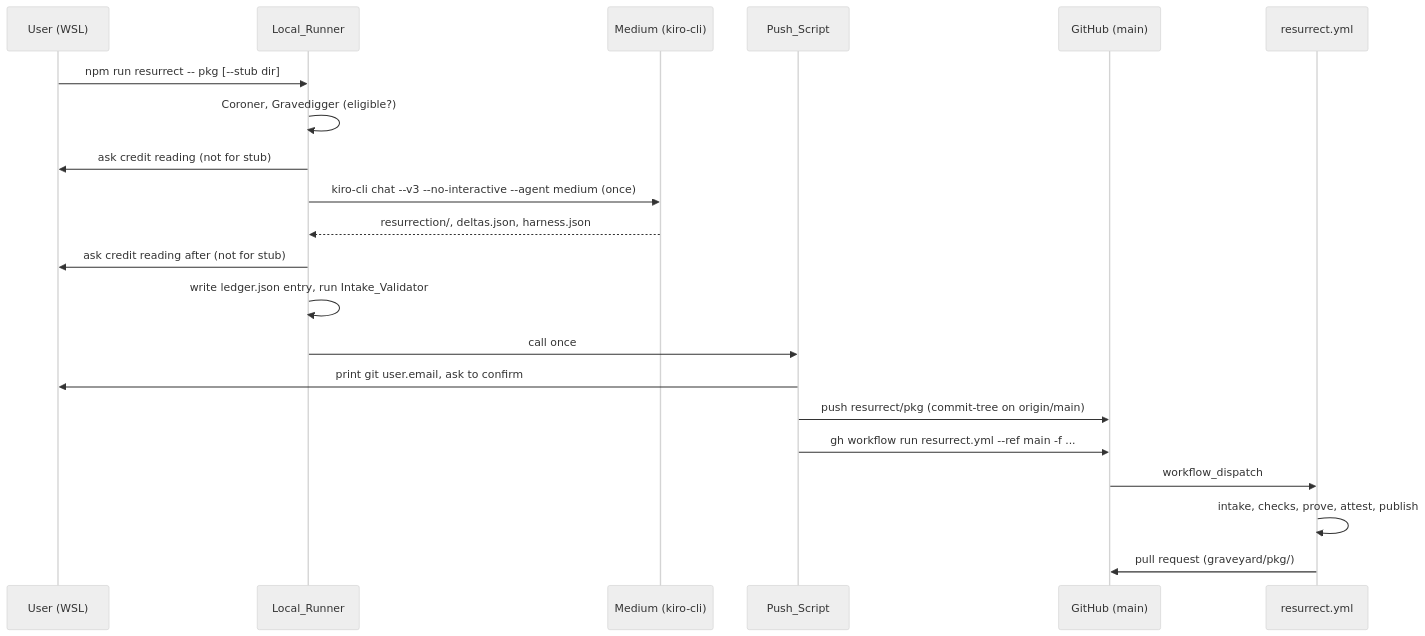
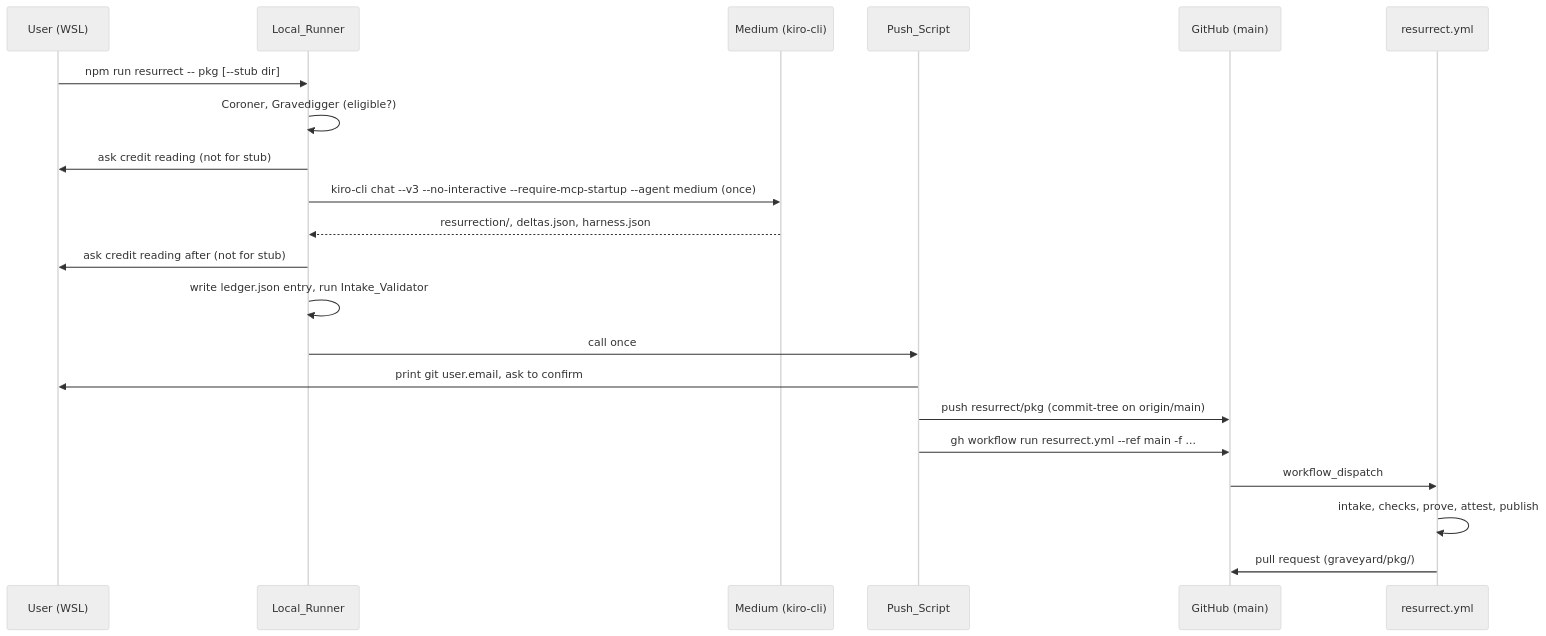
One commit to subair99/graveyard-shift changed the second of 2 diagrams in .kiro/specs/resurrection-pipeline/design.md. Above: the diagram before and after it, drawn with Mermaid (neutral theme). The commit also changed other lines of this file and 5 other files, not shown here.

Commit message:
medium-agent spec: requirements, design, tasks; own specId; spec (a) R6.6/R6.7/Property 33 amended

````diff
--- a/.kiro/specs/resurrection-pipeline/design.md
+++ b/.kiro/specs/resurrection-pipeline/design.md
@@ -141,23 +141,23 @@
 ```mermaid
 sequenceDiagram
   participant U as User (WSL)
   participant L as Local_Runner
   participant M as Medium (kiro-cli)
   participant P as Push_Script
   participant G as GitHub (main)
   participant CI as resurrect.yml
   U->>L: npm run resurrect -- pkg [--stub dir]
   L->>L: Coroner, Gravedigger (eligible?)
   L->>U: ask credit reading (not for stub)
-  L->>M: kiro-cli chat --v3 --no-interactive --agent medium (once)
+  L->>M: kiro-cli chat --v3 --no-interactive --require-mcp-startup --agent medium (once)
   M-->>L: resurrection/, deltas.json, harness.json
   L->>U: ask credit reading after (not for stub)
   L->>L: write ledger.json entry, run Intake_Validator
   L->>P: call once
   P->>U: print git user.email, ask to confirm
   P->>G: push resurrect/pkg (commit-tree on origin/main)
   P->>G: gh workflow run resurrect.yml --ref main -f ...
   G->>CI: workflow_dispatch
   CI->>CI: intake, checks, prove, attest, publish
   CI->>G: pull request (graveyard/pkg/)
 ```
````
